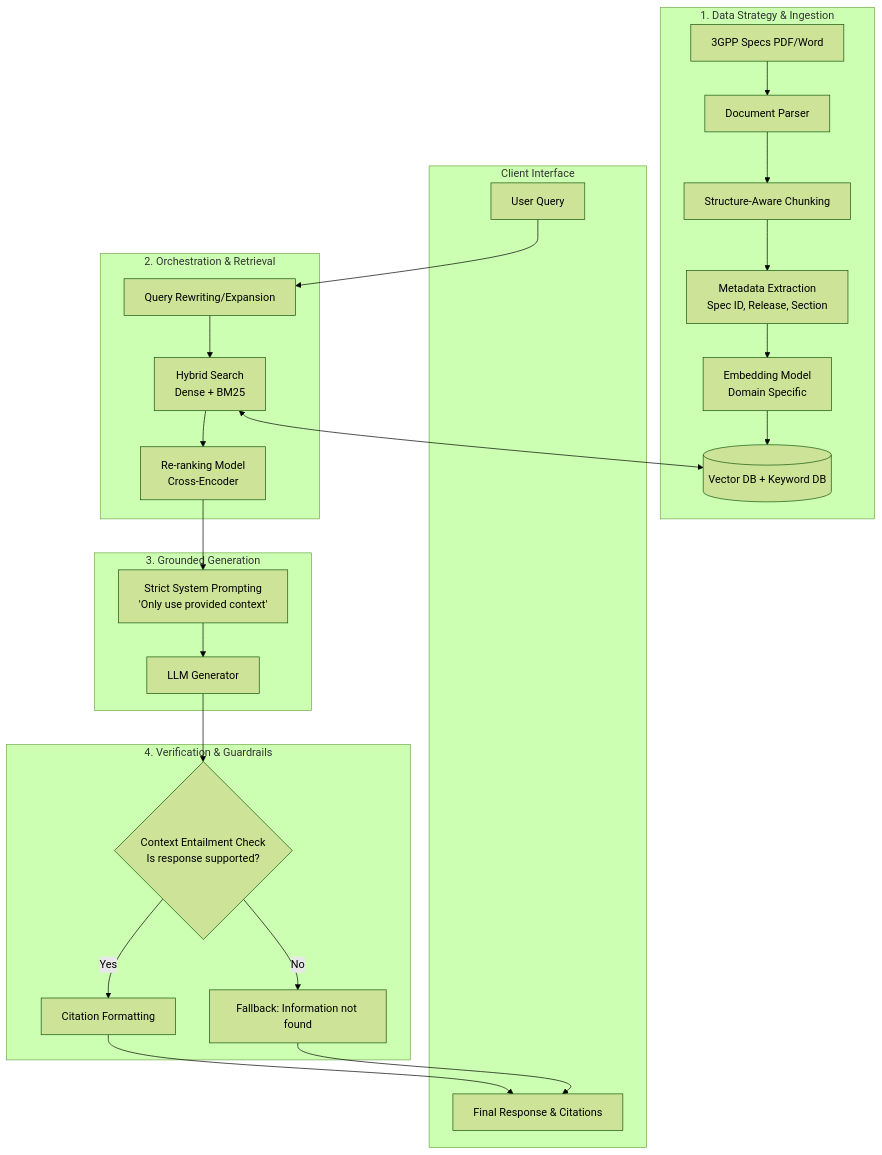
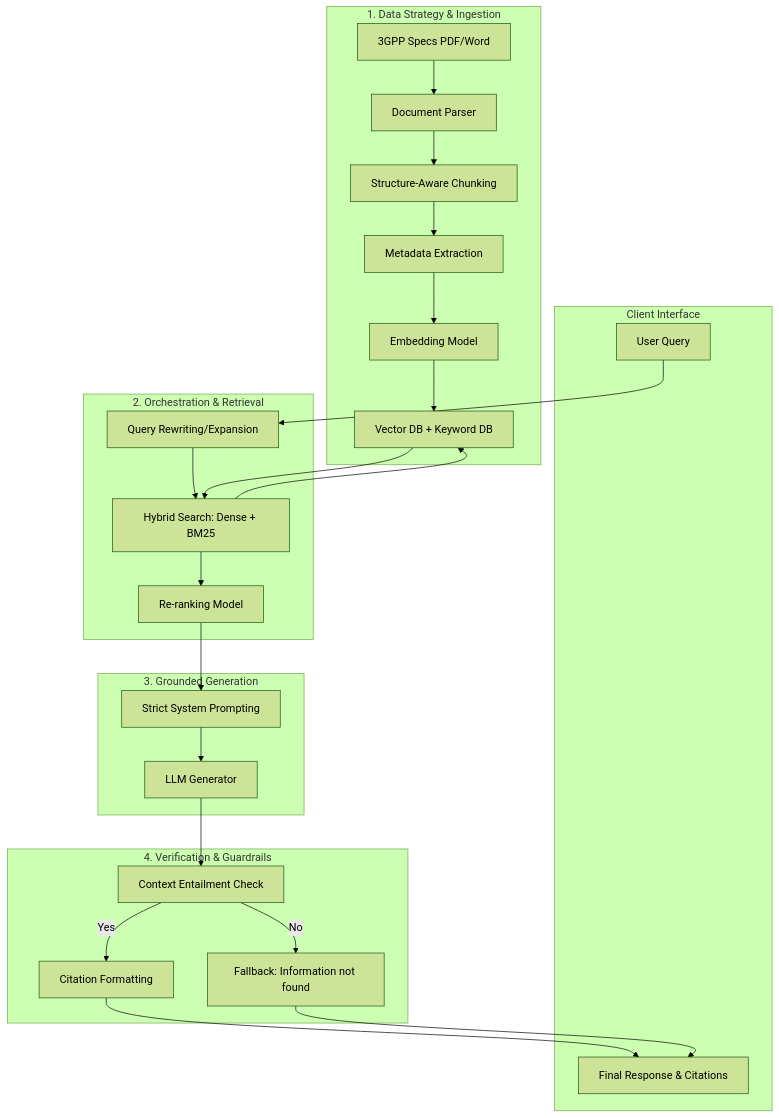
Before and after one commit to Uzumaki-tushar/Maverin_assignment: the diagram in rag_architecture_workflow.md, drawn with Mermaid (forest theme).

Commit message:
Fix Mermaid syntax syntax errors (<-->, [(...)] and edge labels)

````diff
--- a/rag_architecture_workflow.md
+++ b/rag_architecture_workflow.md
@@ -7,44 +7,45 @@
 ```mermaid
 graph TD
     subgraph Data["1. Data Strategy & Ingestion"]
         A1["3GPP Specs PDF/Word"] --> A2["Document Parser"]
         A2 --> A3["Structure-Aware Chunking"]
-        A3 --> A4["Metadata Extraction<br/>Spec ID, Release, Section"]
-        A4 --> A5["Embedding Model<br/>Domain Specific"]
-        A5 --> A6[("Vector DB + Keyword DB")]
+        A3 --> A4["Metadata Extraction"]
+        A4 --> A5["Embedding Model"]
+        A5 --> A6["Vector DB + Keyword DB"]
     end
 
     subgraph Client["Client Interface"]
         U1["User Query"]
         U2["Final Response & Citations"]
     end
 
     subgraph Retrieval["2. Orchestration & Retrieval"]
         R1["Query Rewriting/Expansion"]
-        R2["Hybrid Search<br/>Dense + BM25"]
-        R3["Re-ranking Model<br/>Cross-Encoder"]
+        R2["Hybrid Search: Dense + BM25"]
+        R3["Re-ranking Model"]
         U1 --> R1
         R1 --> R2
-        R2 <--> A6
+        R2 --> A6
+        A6 --> R2
         R2 --> R3
     end
 
     subgraph Generation["3. Grounded Generation"]
-        G1["Strict System Prompting<br/>'Only use provided context'"]
+        G1["Strict System Prompting"]
         G2["LLM Generator"]
         R3 --> G1
         G1 --> G2
     end
 
     subgraph Guardrails["4. Verification & Guardrails"]
-        V1{"Context Entailment Check<br/>Is response supported?"}
+        V1["Context Entailment Check"]
         V2["Fallback: Information not found"]
         V3["Citation Formatting"]
         G2 --> V1
-        V1 -- No --> V2
-        V1 -- Yes --> V3
+        V1 -->|No| V2
+        V1 -->|Yes| V3
     end
 
     V3 --> U2
     V2 --> U2
 ```
````
